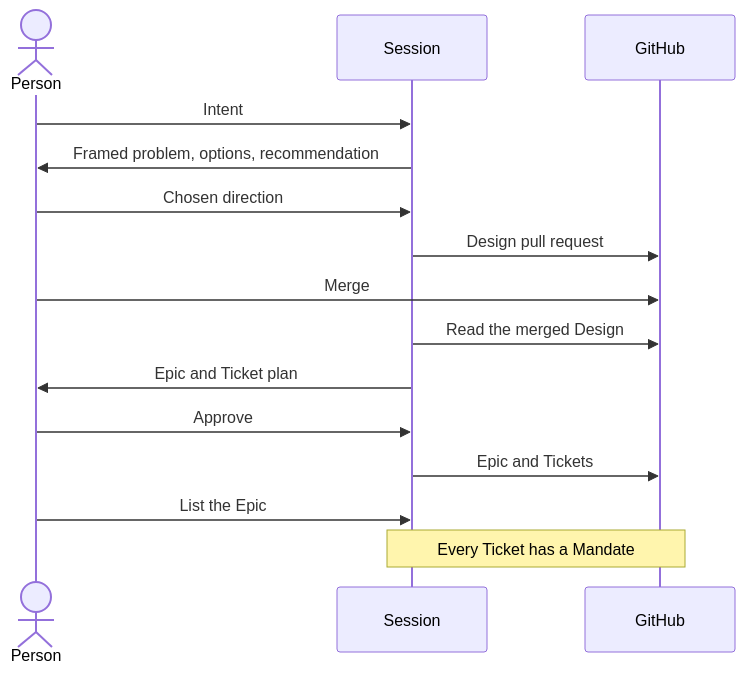
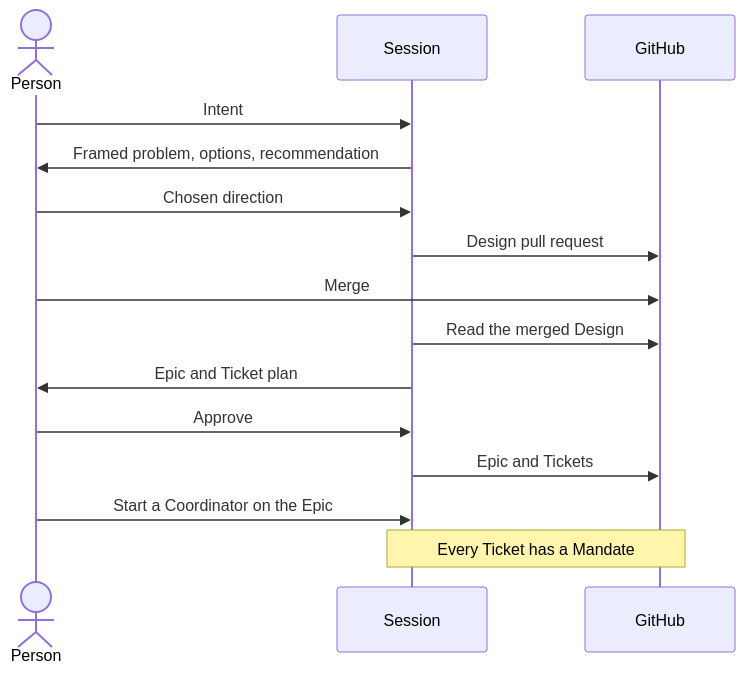
One commit to maro114510/skills changed the third of 5 diagrams in docs/design/development-pipeline.md. Above: the diagram before and after it, drawn with Mermaid. The commit also changed other lines of this file and 2 other files, not shown here.

First line of the commit message:
docs(orchestrate-epic): remove the Runner and stale statements

````diff
--- a/docs/design/development-pipeline.md
+++ b/docs/design/development-pipeline.md
@@ -98,17 +98,17 @@
 ```mermaid
 sequenceDiagram
     actor P as Person
     participant S as Session
     participant G as GitHub
     P->>S: Intent
     S->>P: Framed problem, options, recommendation
     P->>S: Chosen direction
     S->>G: Design pull request
     P->>G: Merge
     S->>G: Read the merged Design
     S->>P: Epic and Ticket plan
     P->>S: Approve
     S->>G: Epic and Tickets
-    P->>S: List the Epic
+    P->>S: Start a Coordinator on the Epic
     Note over S,G: Every Ticket has a Mandate
 ```
````
